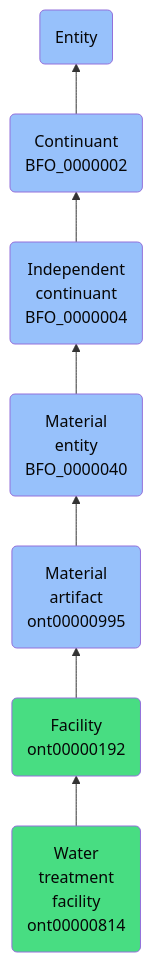
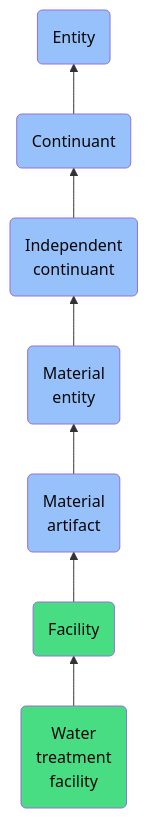
The diagram in docs/ontology/reference/model/Entity/Continuant/Independent continuant/Material entity/Material artifact/Facility/Water treatment facility/Water treatment facility.md (jupyter-naas/abi), drawn with Mermaid before and after one commit. The commit also changed other lines of this file and 1430 other files, not shown here.

````diff
--- a/docs/ontology/reference/model/Entity/Continuant/Independent continuant/Material entity/Material artifact/Facility/Water treatment facility/Water treatment facility.md
+++ b/docs/ontology/reference/model/Entity/Continuant/Independent continuant/Material entity/Material artifact/Facility/Water treatment facility/Water treatment facility.md
@@ -24,14 +24,14 @@
 ```mermaid
 graph BT
-    ont00000814(Water<br>treatment<br>facility<br>ont00000814):::ABI-->ont00000192
-    ont00000192(Facility<br>ont00000192):::ABI-->ont00000995
-    ont00000995(Material<br>artifact<br>ont00000995):::BFO-->BFO_0000040
-    BFO_0000040(Material<br>entity<br>BFO_0000040):::BFO-->BFO_0000004
-    BFO_0000004(Independent<br>continuant<br>BFO_0000004):::BFO-->BFO_0000002
-    BFO_0000002(Continuant<br>BFO_0000002):::BFO-->BFO_0000001
+    ont00000814(Water<br>treatment<br>facility):::ABI-->ont00000192
+    ont00000192(Facility):::ABI-->ont00000995
+    ont00000995(Material<br>artifact):::BFO-->BFO_0000040
+    BFO_0000040(Material<br>entity):::BFO-->BFO_0000004
+    BFO_0000004(Independent<br>continuant):::BFO-->BFO_0000002
+    BFO_0000002(Continuant):::BFO-->BFO_0000001
     BFO_0000001(Entity):::BFO
     
     classDef BFO fill:#97c1fb,color:#060606
     classDef CCO fill:#e4c51e,color:#060606
     classDef ABI fill:#48DD82,color:#060606
 ```
````
